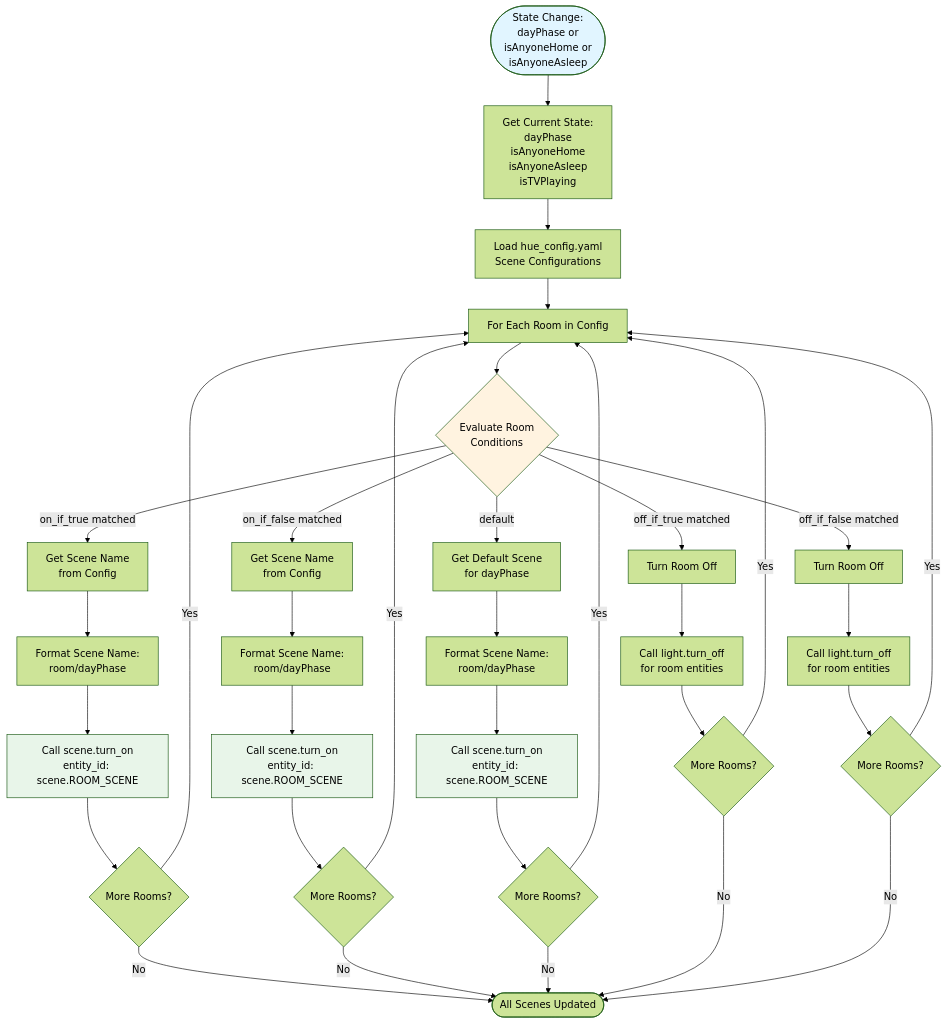
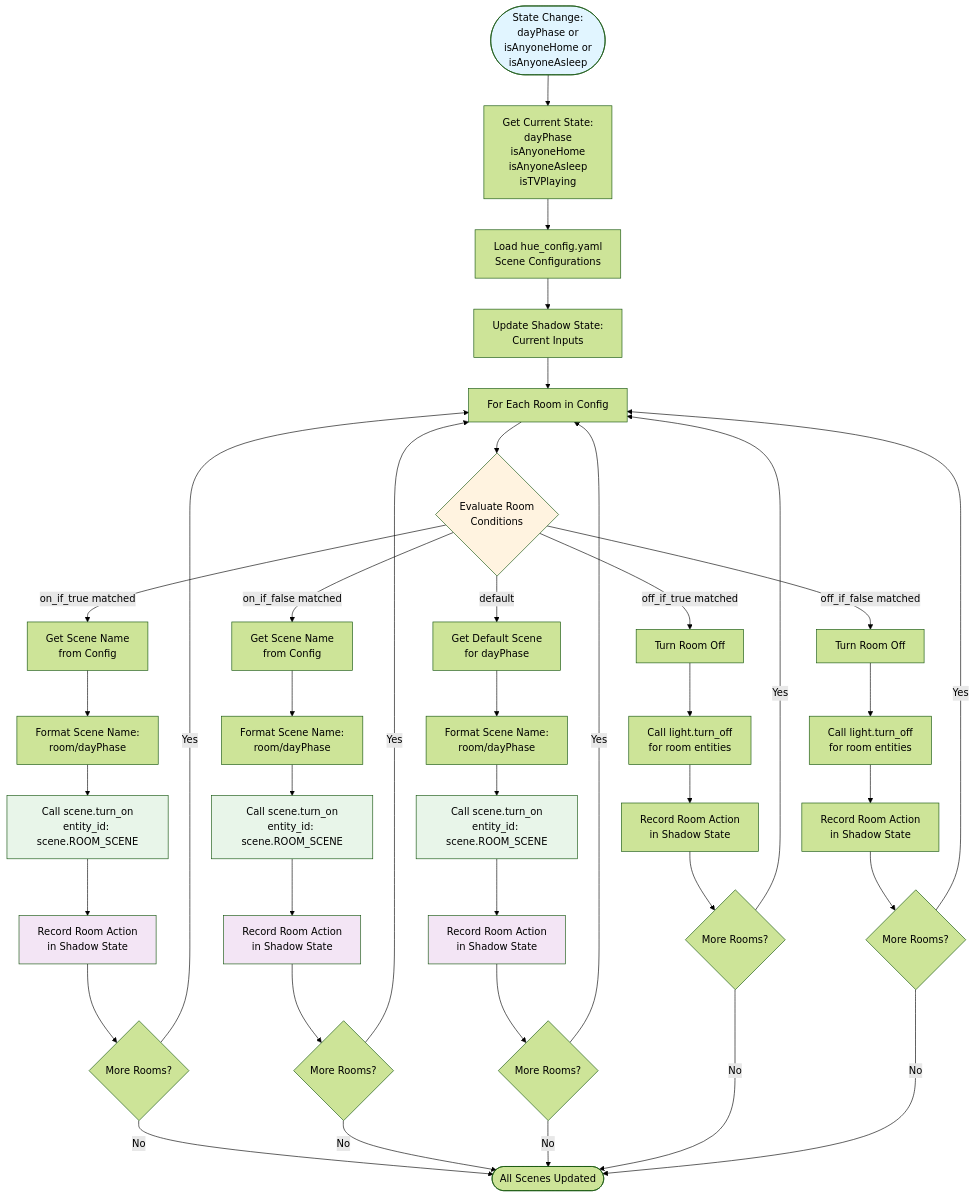
One commit to NickBorgersOnLowSecurityNode/home-automation changed diagram 12 of 14 in docs/architecture/VISUAL_ARCHITECTURE.md. Above: the diagram before and after it, drawn with Mermaid (forest theme). The commit also changed other lines of this file and 3 other files, not shown here.

First line of the commit message:
docs: Update VISUAL_ARCHITECTURE.md and add Mermaid validation

````diff
--- a/docs/architecture/VISUAL_ARCHITECTURE.md
+++ b/docs/architecture/VISUAL_ARCHITECTURE.md
@@ -298,51 +669,62 @@
 ```mermaid
 flowchart TD
     Start([State Change:<br/>dayPhase or<br/>isAnyoneHome or<br/>isAnyoneAsleep]) --> GetState[Get Current State:<br/>dayPhase<br/>isAnyoneHome<br/>isAnyoneAsleep<br/>isTVPlaying]
 
     GetState --> LoadConfig[Load hue_config.yaml<br/>Scene Configurations]
 
-    LoadConfig --> IterateRooms[For Each Room in Config]
+    LoadConfig --> UpdateShadow1[Update Shadow State:<br/>Current Inputs]
+
+    UpdateShadow1 --> IterateRooms[For Each Room in Config]
 
     IterateRooms --> CheckConditions{Evaluate Room<br/>Conditions}
 
     CheckConditions -->|on_if_true matched| GetSceneOn1[Get Scene Name<br/>from Config]
     CheckConditions -->|on_if_false matched| GetSceneOn2[Get Scene Name<br/>from Config]
     CheckConditions -->|default| GetSceneDefault[Get Default Scene<br/>for dayPhase]
     CheckConditions -->|off_if_true matched| TurnOff1[Turn Room Off]
     CheckConditions -->|off_if_false matched| TurnOff2[Turn Room Off]
 
     GetSceneOn1 --> FormatScene1[Format Scene Name:<br/>room/dayPhase]
     GetSceneOn2 --> FormatScene2[Format Scene Name:<br/>room/dayPhase]
     GetSceneDefault --> FormatScene3[Format Scene Name:<br/>room/dayPhase]
 
     FormatScene1 --> ActivateScene1[Call scene.turn_on<br/>entity_id: scene.ROOM_SCENE]
     FormatScene2 --> ActivateScene2[Call scene.turn_on<br/>entity_id: scene.ROOM_SCENE]
     FormatScene3 --> ActivateScene3[Call scene.turn_on<br/>entity_id: scene.ROOM_SCENE]
 
     TurnOff1 --> CallLightOff1[Call light.turn_off<br/>for room entities]
     TurnOff2 --> CallLightOff2[Call light.turn_off<br/>for room entities]
 
-    ActivateScene1 --> NextRoom1{More Rooms?}
-    ActivateScene2 --> NextRoom2{More Rooms?}
-    ActivateScene3 --> NextRoom3{More Rooms?}
-    CallLightOff1 --> NextRoom4{More Rooms?}
-    CallLightOff2 --> NextRoom5{More Rooms?}
+    ActivateScene1 --> RecordAction1[Record Room Action<br/>in Shadow State]
+    ActivateScene2 --> RecordAction2[Record Room Action<br/>in Shadow State]
+    ActivateScene3 --> RecordAction3[Record Room Action<br/>in Shadow State]
+    CallLightOff1 --> RecordAction4[Record Room Action<br/>in Shadow State]
+    CallLightOff2 --> RecordAction5[Record Room Action<br/>in Shadow State]
+
+    RecordAction1 --> NextRoom1{More Rooms?}
+    RecordAction2 --> NextRoom2{More Rooms?}
+    RecordAction3 --> NextRoom3{More Rooms?}
+    RecordAction4 --> NextRoom4{More Rooms?}
+    RecordAction5 --> NextRoom5{More Rooms?}
 
     NextRoom1 -->|Yes| IterateRooms
     NextRoom2 -->|Yes| IterateRooms
     NextRoom3 -->|Yes| IterateRooms
     NextRoom4 -->|Yes| IterateRooms
     NextRoom5 -->|Yes| IterateRooms
 
     NextRoom1 -->|No| Complete([All Scenes Updated])
     NextRoom2 -->|No| Complete
     NextRoom3 -->|No| Complete
     NextRoom4 -->|No| Complete
     NextRoom5 -->|No| Complete
 
     style Start fill:#e1f5ff
     style CheckConditions fill:#fff3e0
     style ActivateScene1 fill:#e8f5e9
     style ActivateScene2 fill:#e8f5e9
     style ActivateScene3 fill:#e8f5e9
+    style RecordAction1 fill:#f3e5f5
+    style RecordAction2 fill:#f3e5f5
+    style RecordAction3 fill:#f3e5f5
 ```
````
